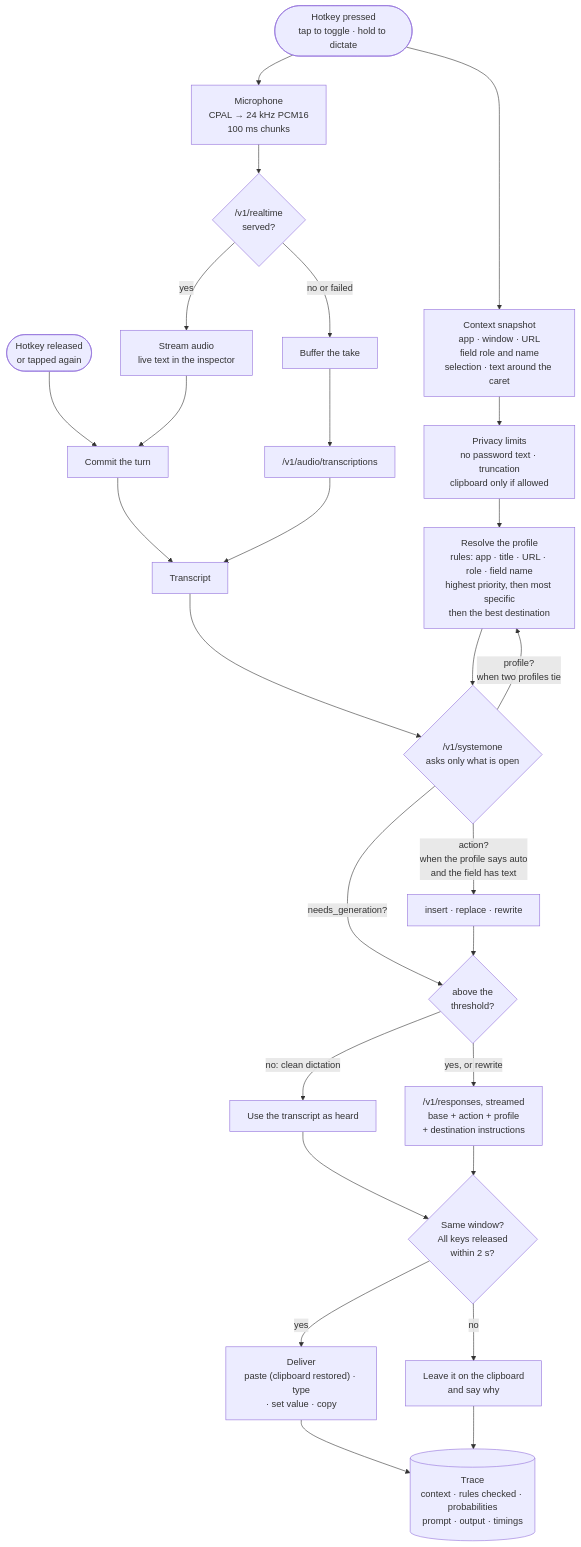
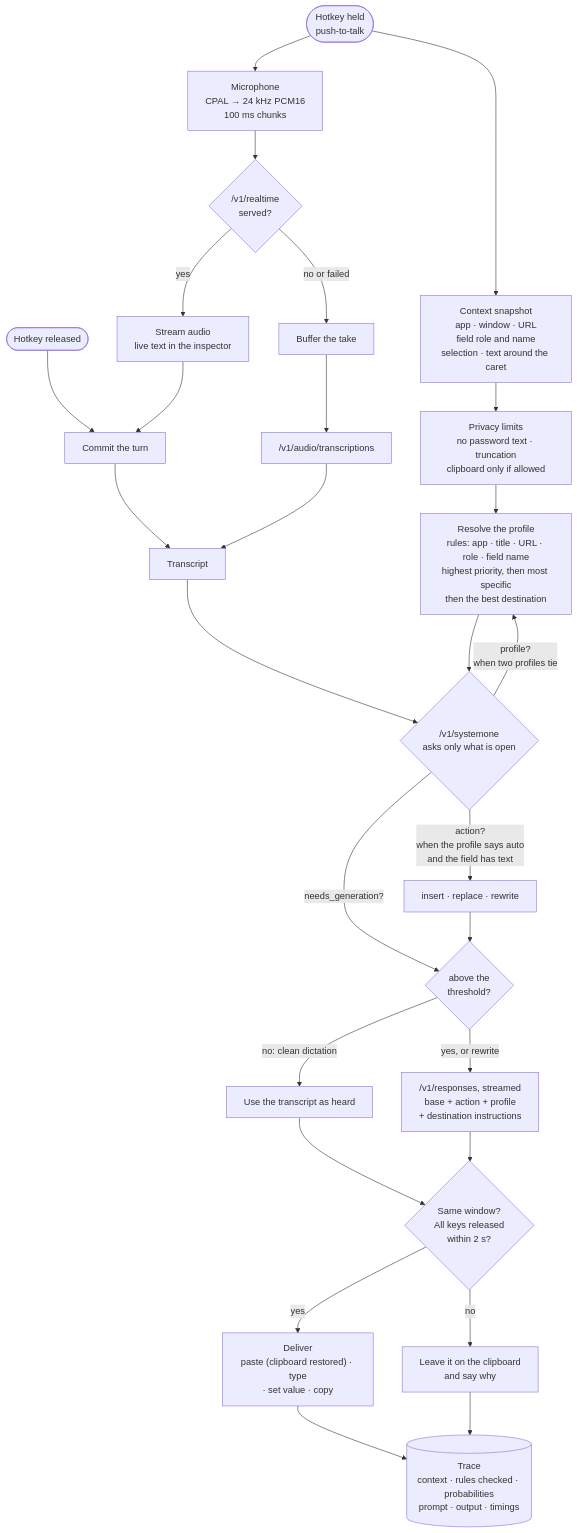
Before and after one commit to zojeda/jevons-rs: the first of 2 diagrams in crates/jevons-desktop/README.md, drawn with Mermaid. The commit also changed other lines of this file and 14 other files, not shown here.

Commit message:
jevons-desktop: push-to-talk hotkey and a live dictation hotkey that types each phrase after a pause

````diff
--- a/crates/jevons-desktop/README.md
+++ b/crates/jevons-desktop/README.md
@@ -9,37 +9,37 @@
 ```mermaid
 flowchart TD
-    press(["Hotkey pressed<br/>tap to toggle · hold to dictate"])
+    press(["Hotkey held<br/>push-to-talk"])
     press --> snapshot["Context snapshot<br/>app · window · URL<br/>field role and name<br/>selection · text around the caret"]
     press --> mic["Microphone<br/>CPAL → 24 kHz PCM16<br/>100 ms chunks"]
 
     snapshot --> privacy["Privacy limits<br/>no password text · truncation<br/>clipboard only if allowed"]
 
     mic --> realtime{"/v1/realtime<br/>served?"}
     realtime -- yes --> stream["Stream audio<br/>live text in the inspector"]
     realtime -- "no or failed" --> buffer["Buffer the take"]
-    release(["Hotkey released<br/>or tapped again"]) --> commit
+    release(["Hotkey released"]) --> commit
     stream --> commit["Commit the turn"]
     buffer --> upload["/v1/audio/transcriptions"]
     commit --> transcript["Transcript"]
     upload --> transcript
 
     privacy --> resolve["Resolve the profile<br/>rules: app · title · URL · role · field name<br/>highest priority, then most specific<br/>then the best destination"]
     transcript --> decide
     resolve --> decide{"/v1/systemone<br/>asks only what is open"}
 
     decide -- "action?<br/>when the profile says auto<br/>and the field has text" --> action["insert · replace · rewrite"]
     decide -- "needs_generation?" --> needs{"above the<br/>threshold?"}
     decide -- "profile?<br/>when two profiles tie" --> resolve
 
     action --> needs
     needs -- "no: clean dictation" --> raw["Use the transcript as heard"]
     needs -- "yes, or rewrite" --> generate["/v1/responses, streamed<br/>base + action + profile<br/>+ destination instructions"]
 
     raw --> safe
     generate --> safe{"Same window?<br/>All keys released<br/>within 2 s?"}
     safe -- yes --> deliver["Deliver<br/>paste (clipboard restored) · type<br/>· set value · copy"]
     safe -- no --> clipboard["Leave it on the clipboard<br/>and say why"]
 
     deliver --> trace[("Trace<br/>context · rules checked · probabilities<br/>prompt · output · timings")]
     clipboard --> trace
 ```
````
